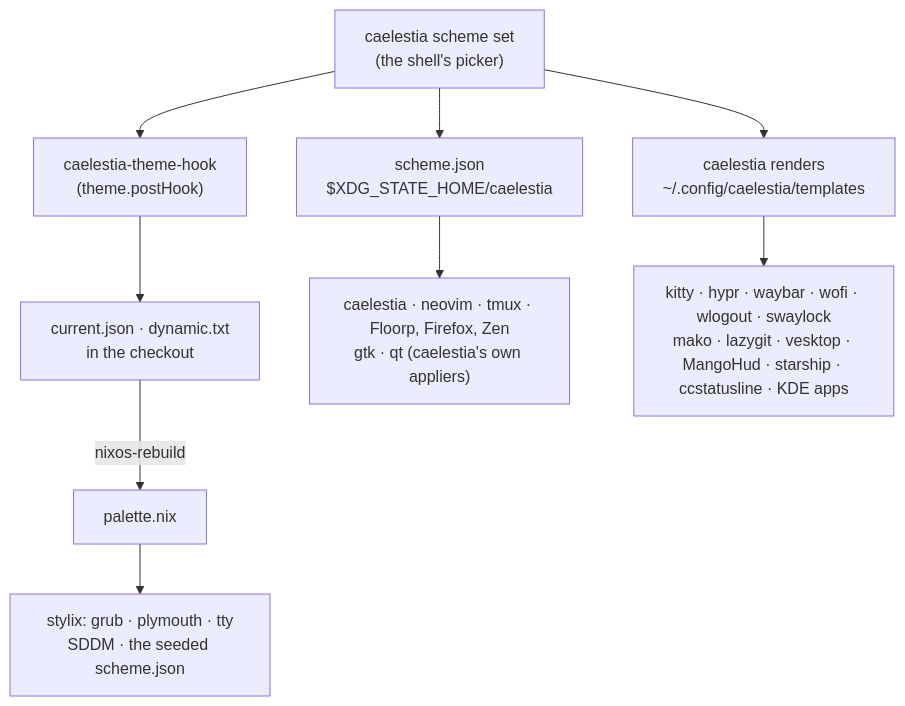
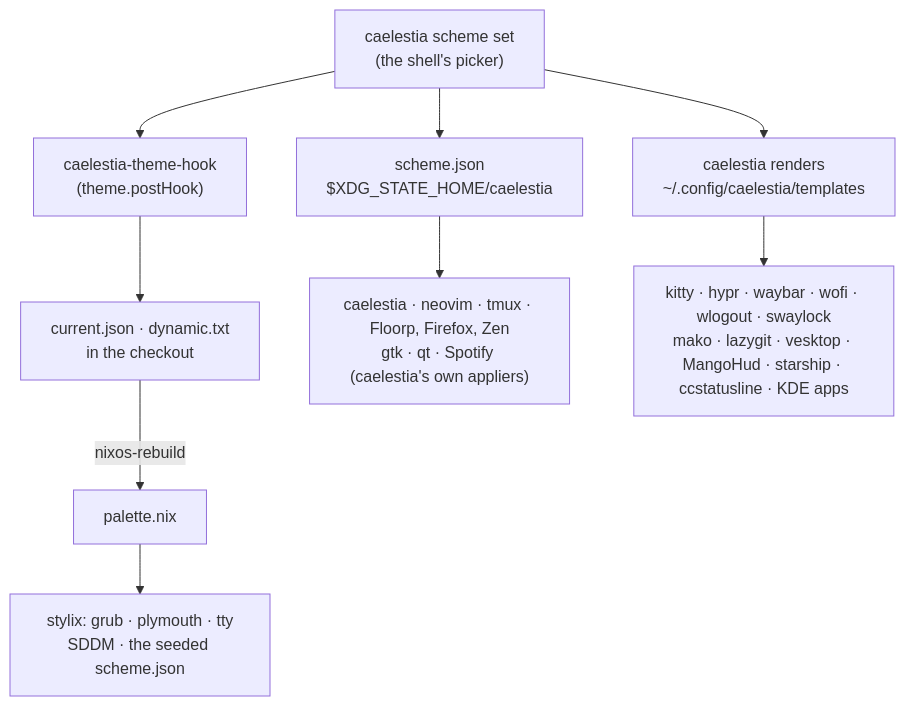
One commit to 1Git2Clone/nixos-dotfiles changed the diagram in docs/src/architecture/colours.md. Above: the diagram before and after it, drawn with Mermaid. The commit also changed other lines of this file and 1 other file, not shown here.

Commit message:
docs(handbook): Spotify follows the scheme through spicetify

````diff
--- a/docs/src/architecture/colours.md
+++ b/docs/src/architecture/colours.md
@@ -8,19 +8,19 @@
 ```mermaid
 flowchart TB
     pick["caelestia scheme set<br/>(the shell's picker)"]
     state["scheme.json<br/>$XDG_STATE_HOME/caelestia"]
     render["caelestia renders<br/>~/.config/caelestia/templates"]
     hook["caelestia-theme-hook<br/>(theme.postHook)"]
     repo["current.json · dynamic.txt<br/>in the checkout"]
     palette["palette.nix"]
 
     pick --> state
     pick --> render
     pick --> hook
     hook --> repo
     repo -->|nixos-rebuild| palette
 
-    state --> l_apps["caelestia · neovim · tmux · Floorp, Firefox, Zen<br/>gtk · qt (caelestia's own appliers)"]
+    state --> l_apps["caelestia · neovim · tmux · Floorp, Firefox, Zen<br/>gtk · qt · Spotify (caelestia's own appliers)"]
     render --> t_apps["kitty · hypr · waybar · wofi · wlogout · swaylock<br/>mako · lazygit · vesktop · MangoHud · starship · ccstatusline · KDE apps"]
     palette --> b_apps["stylix: grub · plymouth · tty<br/>SDDM · the seeded scheme.json"]
 ```
````
